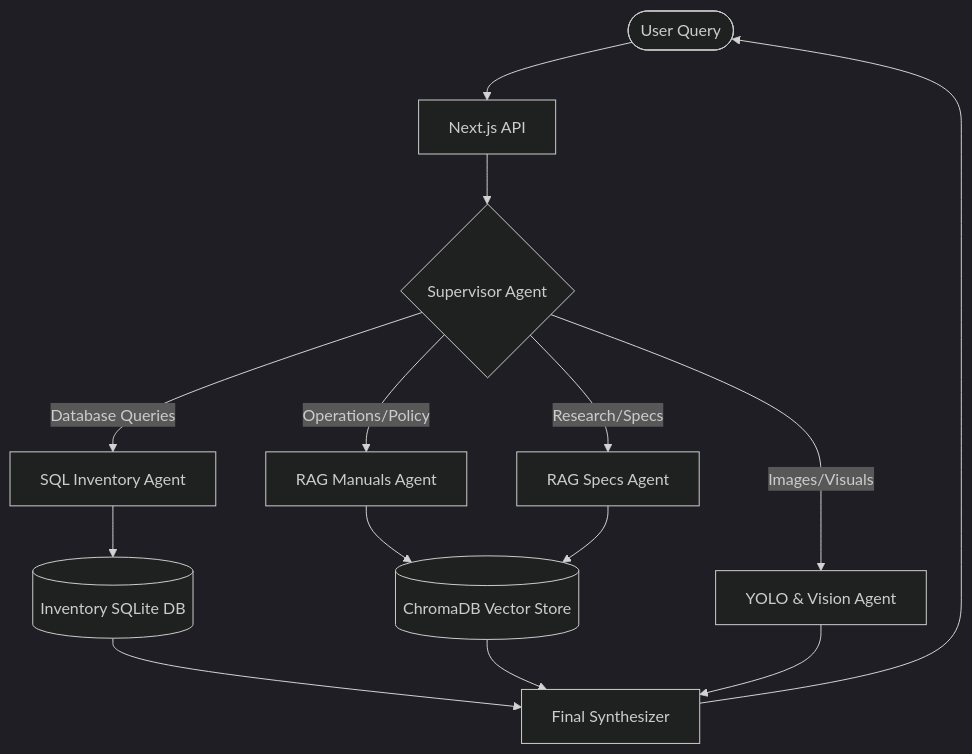
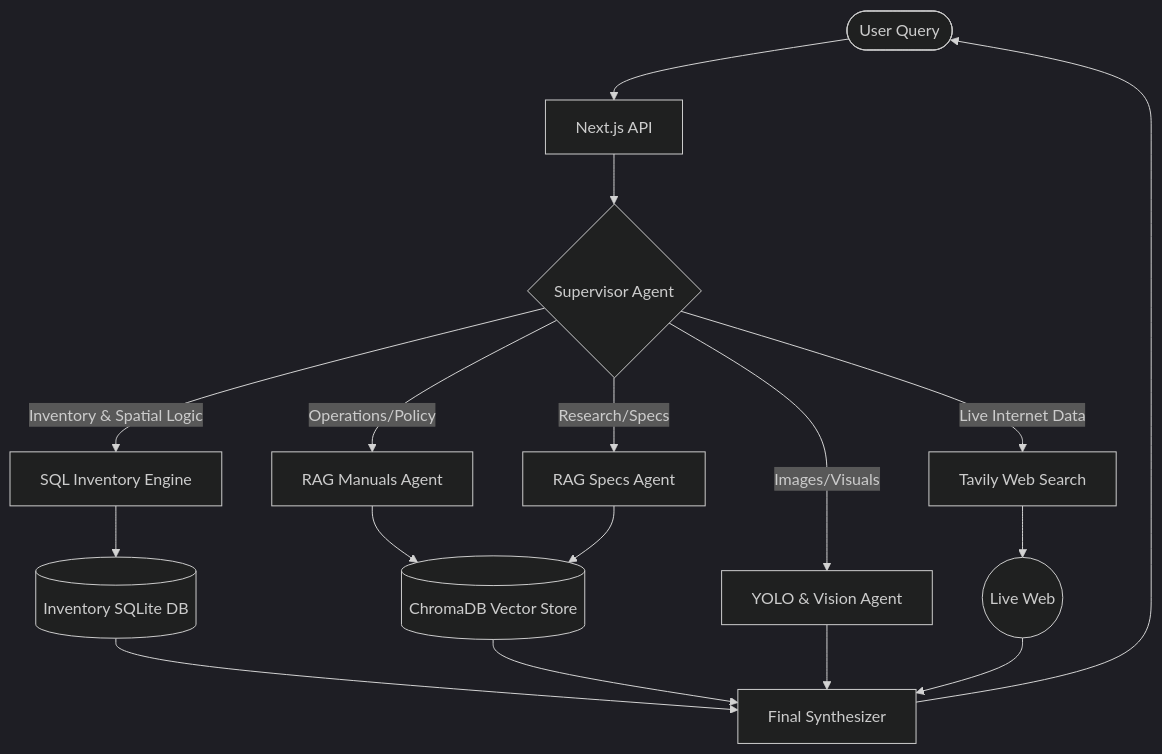
The first of 2 diagrams in README.md (SatyaKesavaKorlapati/A-Ware-AI-System), drawn with Mermaid (dark theme) before and after one commit. The commit also changed other lines of this file and 81 other files, not shown here.

Commit message:
Major 2.0 overhaul: Multi-agent orchestration, Timeline UI, Tavily web access, and massive SQL procedural skills upgrade.

````diff
--- a/README.md
+++ b/README.md
@@ -72,20 +92,23 @@
 ```mermaid
 graph TD
     User(["User Query"]) --> API["Next.js API"]
     API --> Supervisor{"Supervisor Agent"}
     
-    Supervisor -->|"Database Queries"| SQLAgent["SQL Inventory Agent"]
+    Supervisor -->|"Inventory & Spatial Logic"| SQLAgent["SQL Inventory Engine"]
     Supervisor -->|"Operations/Policy"| RAGManuals["RAG Manuals Agent"]
     Supervisor -->|"Research/Specs"| RAGSpecs["RAG Specs Agent"]
+    Supervisor -->|"Live Internet Data"| WebAgent["Tavily Web Search"]
     Supervisor -->|"Images/Visuals"| VisionAgent["YOLO & Vision Agent"]
     
     SQLAgent --> SQLite[("Inventory SQLite DB")]
     RAGManuals --> Chroma[("ChromaDB Vector Store")]
     RAGSpecs --> Chroma
+    WebAgent --> Internet((Live Web))
     
     SQLite --> Synthesizer["Final Synthesizer"]
     Chroma --> Synthesizer
     VisionAgent --> Synthesizer
+    Internet --> Synthesizer
     
     Synthesizer --> User
 ```
````
